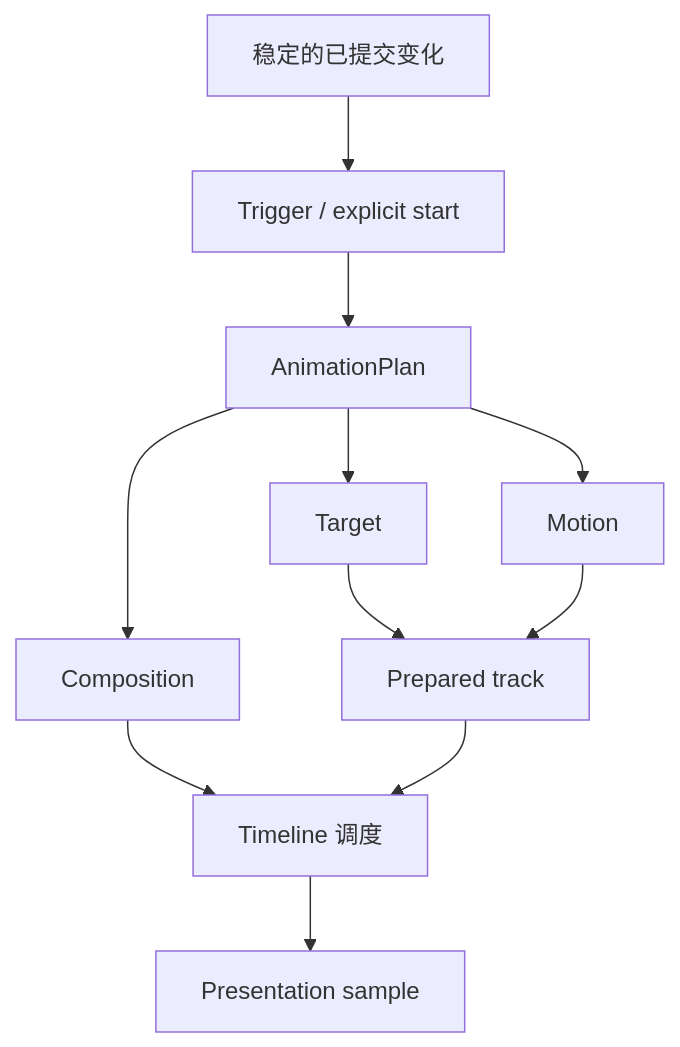
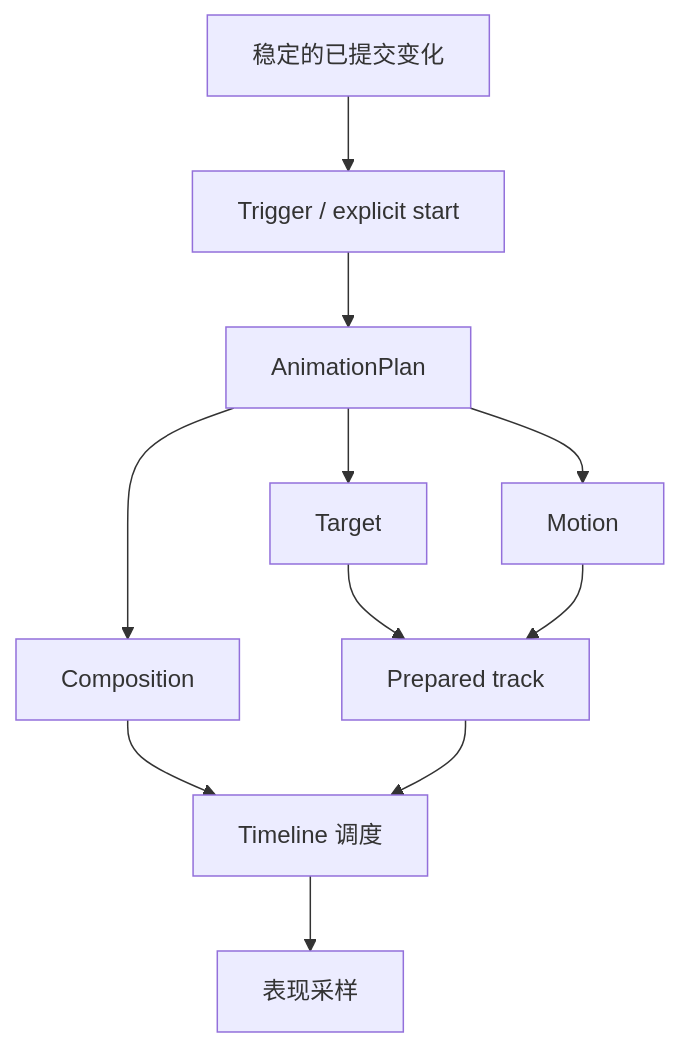
One commit to yezhang/novadraw changed the second of 3 diagrams in engine/wasm_rust/novadraw/book/internals/src/08-animation-and-presentation.md. Above: the diagram before and after it, drawn with Mermaid. The commit also changed other lines of this file and 21 other files, not shown here.

````diff
--- a/engine/wasm_rust/novadraw/book/internals/src/08-animation-and-presentation.md
+++ b/engine/wasm_rust/novadraw/book/internals/src/08-animation-and-presentation.md
@@ -84,13 +99,13 @@
 ```mermaid
 flowchart TD
     Fact[稳定的已提交变化] --> Trigger[Trigger / explicit start]
     Trigger --> Plan[AnimationPlan]
     Plan --> Target[Target]
     Plan --> Motion[Motion]
     Plan --> Composition[Composition]
     Target --> Track[Prepared track]
     Motion --> Track
     Composition --> Timeline[Timeline 调度]
     Track --> Timeline
-    Timeline --> Sample[Presentation sample]
+    Timeline --> Sample[表现采样]
 ```
````
